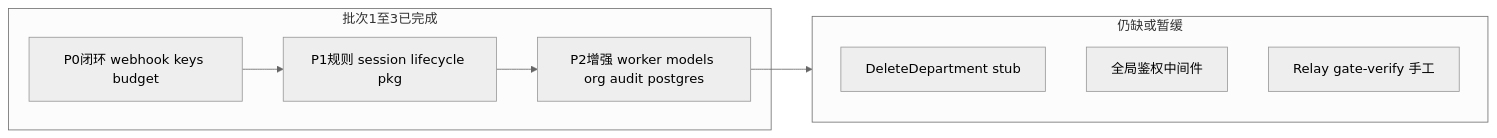
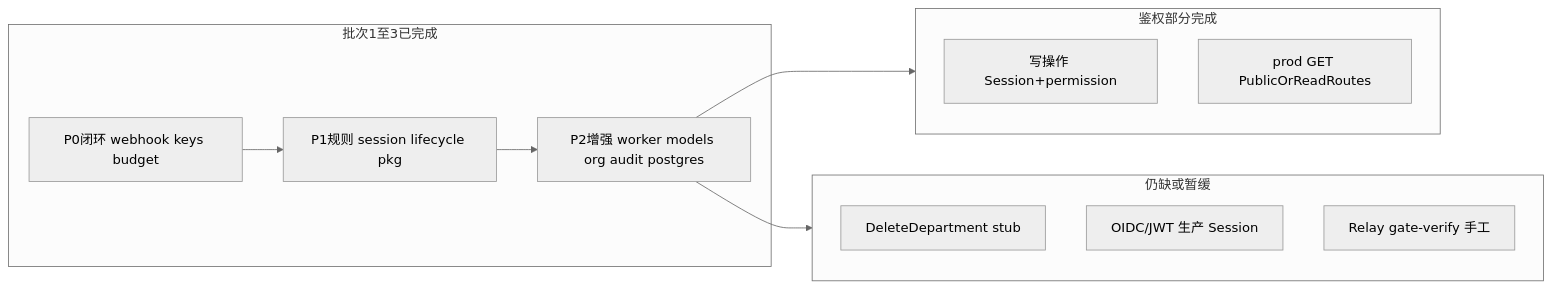
One commit to quyip8818/mytokenjoy changed the diagram in docs/Backend-test.md. Above: the diagram before and after it, drawn with Mermaid (neutral theme). The commit also changed other lines of this file and 59 other files, not shown here.

````diff
--- a/docs/Backend-test.md
+++ b/docs/Backend-test.md
@@ -55,16 +55,21 @@
 ```mermaid
 flowchart LR
   subgraph done [批次1至3已完成]
     P0[P0闭环 webhook keys budget]
     P1[P1规则 session lifecycle pkg]
     P2[P2增强 worker models org audit postgres]
   end
   subgraph remaining [仍缺或暂缓]
     ORG[DeleteDepartment stub]
-    AUTH[全局鉴权中间件]
+    AUTH[OIDC/JWT 生产 Session]
     P3[Relay gate-verify 手工]
+  end
+  subgraph authDone [鉴权部分完成]
+    AUTHZ[写操作 Session+permission]
+    PROD[prod GET PublicOrReadRoutes]
   end
   P0 --> P1
   P1 --> P2
+  P2 --> authDone
   P2 --> remaining
 ```
````
